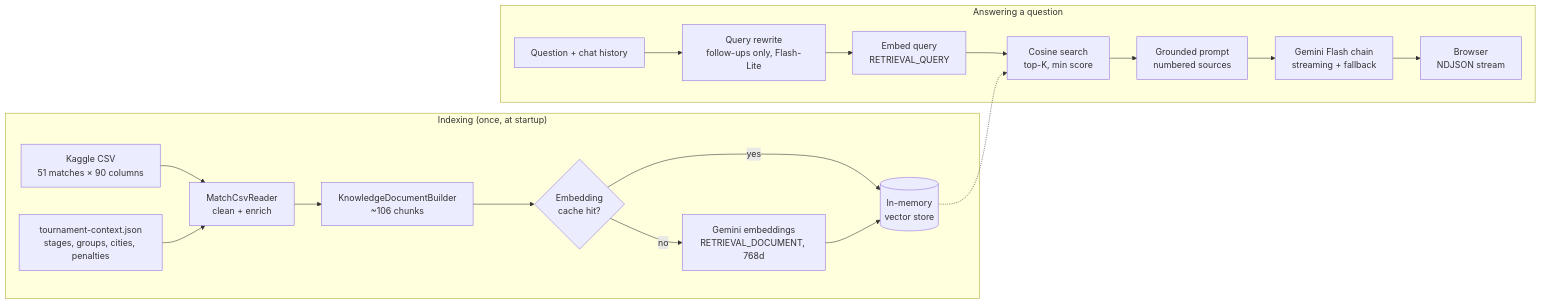
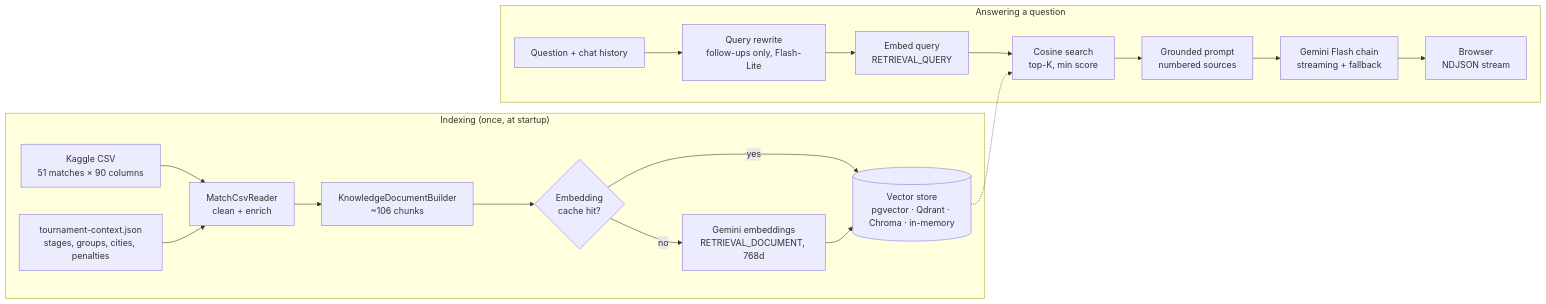
One commit to aparlak88/rag-demo-euro2024 changed the diagram in README.md. Above: the diagram before and after it, drawn with Mermaid. The commit also changed other lines of this file and 15 other files, not shown here.

First line of the commit message:
Config-driven vector store: pgvector, Qdrant, Chroma or in-memory (#1)

````diff
--- a/README.md
+++ b/README.md
@@ -20,22 +21,22 @@
 ```mermaid
 flowchart LR
     subgraph Indexing["Indexing (once, at startup)"]
         CSV[Kaggle CSV<br/>51 matches × 90 columns] --> Reader[MatchCsvReader<br/>clean + enrich]
         Ctx[tournament-context.json<br/>stages, groups, cities, penalties] --> Reader
         Reader --> Builder[KnowledgeDocumentBuilder<br/>~106 chunks]
         Builder --> Cache{Embedding<br/>cache hit?}
         Cache -- no --> Embed[Gemini embeddings<br/>RETRIEVAL_DOCUMENT, 768d]
         Cache -- yes --> Store
-        Embed --> Store[(In-memory<br/>vector store)]
+        Embed --> Store[(Vector store<br/>pgvector · Qdrant · Chroma · in-memory)]
     end
 
     subgraph Query["Answering a question"]
         Q[Question + chat history] --> Rewrite[Query rewrite<br/>follow-ups only, Flash-Lite]
         Rewrite --> QEmbed[Embed query<br/>RETRIEVAL_QUERY]
         QEmbed --> Search[Cosine search<br/>top-K, min score]
         Store -.-> Search
         Search --> Prompt[Grounded prompt<br/>numbered sources]
         Prompt --> LLM[Gemini Flash chain<br/>streaming + fallback]
         LLM --> UI[Browser<br/>NDJSON stream]
     end
 ```
````
